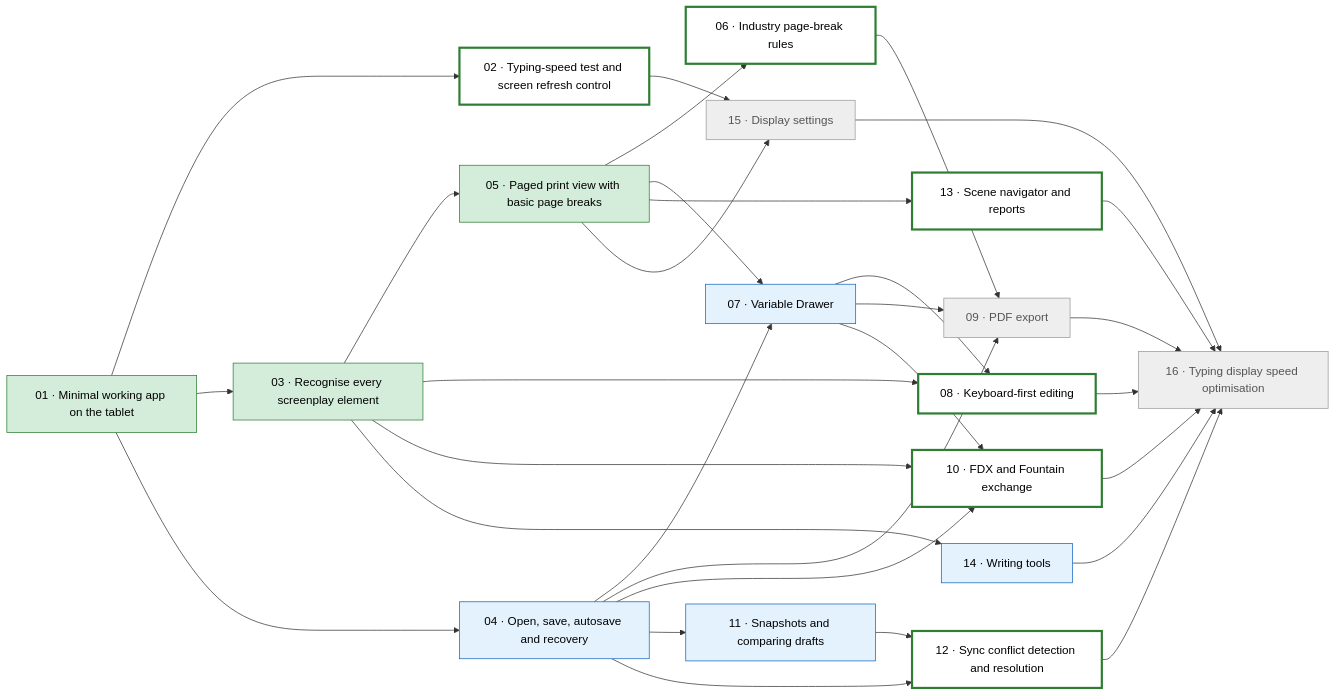
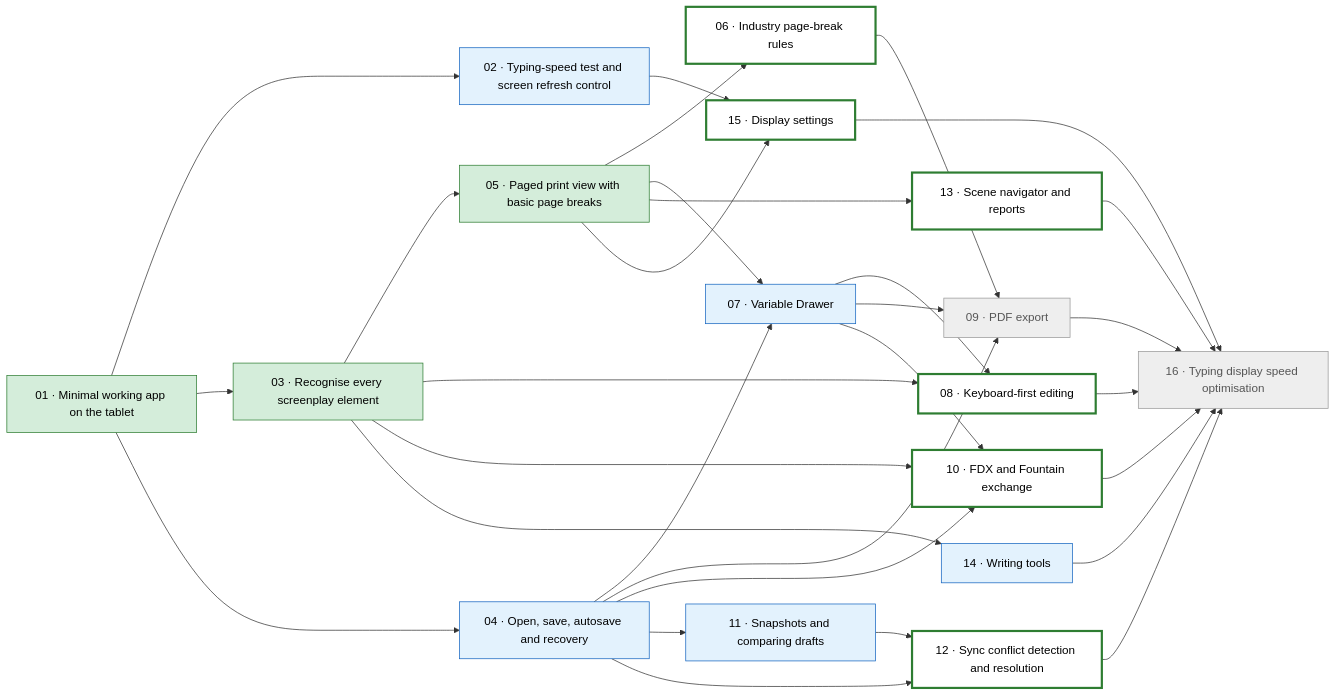
Before and after one commit to mikebgio/eink-screenplay-writer: the diagram in PLAN.md, drawn with Mermaid. The commit also changed other lines of this file and 18 other files, not shown here.

Commit message:
02: Typing-speed test and screen refresh control

````diff
--- a/PLAN.md
+++ b/PLAN.md
@@ -45,53 +45,53 @@
 ```mermaid
 flowchart LR
   T01["01 · Minimal working app on the tablet"]:::done
-  T02["02 · Typing-speed test and screen refresh control"]:::ready
+  T02["02 · Typing-speed test and screen refresh control"]:::needsdevice
   T03["03 · Recognise every screenplay element"]:::done
   T04["04 · Open, save, autosave and recovery"]:::needsdevice
   T05["05 · Paged print view with basic page breaks"]:::done
   T06["06 · Industry page-break rules"]:::ready
   T07["07 · Variable Drawer"]:::needsdevice
   T08["08 · Keyboard-first editing"]:::ready
   T09["09 · PDF export"]:::blocked
   T10["10 · FDX and Fountain exchange"]:::ready
   T11["11 · Snapshots and comparing drafts"]:::needsdevice
   T12["12 · Sync conflict detection and resolution"]:::ready
   T13["13 · Scene navigator and reports"]:::ready
   T14["14 · Writing tools"]:::needsdevice
-  T15["15 · Display settings"]:::blocked
+  T15["15 · Display settings"]:::ready
   T16["16 · Typing display speed optimisation"]:::blocked
   T01 --> T02
   T01 --> T03
   T01 --> T04
   T03 --> T05
   T05 --> T06
   T04 --> T07
   T05 --> T07
   T03 --> T08
   T07 --> T08
   T04 --> T09
   T06 --> T09
   T07 --> T09
   T03 --> T10
   T04 --> T10
   T07 --> T10
   T04 --> T11
   T04 --> T12
   T11 --> T12
   T05 --> T13
   T03 --> T14
   T02 --> T15
   T05 --> T15
   T08 --> T16
   T09 --> T16
   T10 --> T16
   T12 --> T16
   T13 --> T16
   T14 --> T16
   T15 --> T16
   classDef done fill:#d4edda,stroke:#2e7d32,color:#000
   classDef needsdevice fill:#e3f2fd,stroke:#1565c0,color:#000
   classDef inprogress fill:#fff3cd,stroke:#b8860b,color:#000
   classDef ready fill:#ffffff,stroke:#2e7d32,stroke-width:3px,color:#000
   classDef blocked fill:#eeeeee,stroke:#999,color:#555
 ```
````
